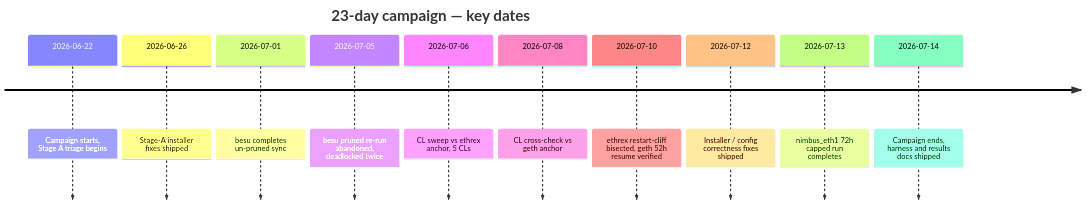
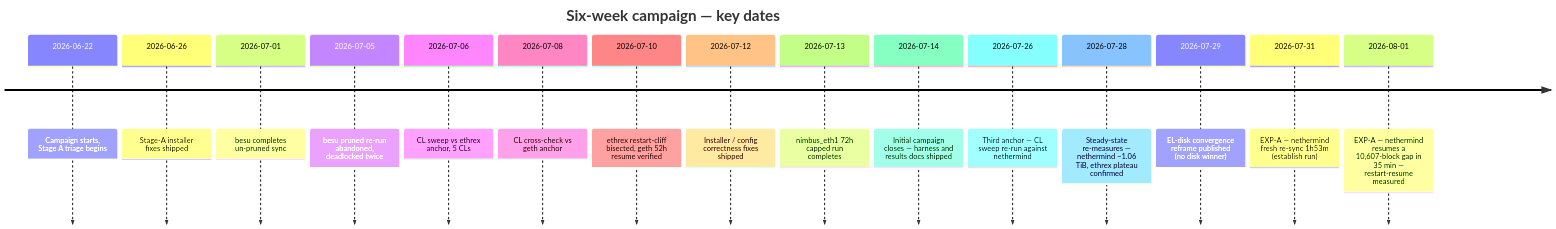
Before and after one commit to chimera-defi/eth2-quickstart: the second of 5 diagrams in docs/HOW_WE_TESTED_WITH_CLAUDE.md, drawn with Mermaid. The commit also changed other lines of this file and 11 other files, not shown here.

First line of the commit message:
fix(blog): campaign timeline — the campaign kept going

````diff
--- a/docs/HOW_WE_TESTED_WITH_CLAUDE.md
+++ b/docs/HOW_WE_TESTED_WITH_CLAUDE.md
@@ -54,14 +54,19 @@
 ```mermaid
 timeline
-    title 23-day campaign — key dates
+    title Six-week campaign — key dates
     2026-06-22 : Campaign starts, Stage A triage begins
     2026-06-26 : Stage-A installer fixes shipped
     2026-07-01 : besu completes un-pruned sync
     2026-07-05 : besu pruned re-run abandoned, deadlocked twice
     2026-07-06 : CL sweep vs ethrex anchor, 5 CLs
     2026-07-08 : CL cross-check vs geth anchor
     2026-07-10 : ethrex restart-cliff bisected, geth 52h resume verified
     2026-07-12 : Installer / config correctness fixes shipped
     2026-07-13 : nimbus_eth1 72h capped run completes
-    2026-07-14 : Campaign ends, harness and results docs shipped
+    2026-07-14 : Initial campaign closes — harness and results docs shipped
+    2026-07-26 : Third anchor — CL sweep re-run against nethermind
+    2026-07-28 : Steady-state re-measures — nethermind ~1.06 TiB, ethrex plateau confirmed
+    2026-07-29 : EL-disk convergence reframe published (no disk winner)
+    2026-07-31 : EXP-A — nethermind fresh re-sync 1h53m (establish run)
+    2026-08-01 : EXP-A — nethermind resumes a 10,607-block gap in 35 min — restart-resume measured
 ```
````
